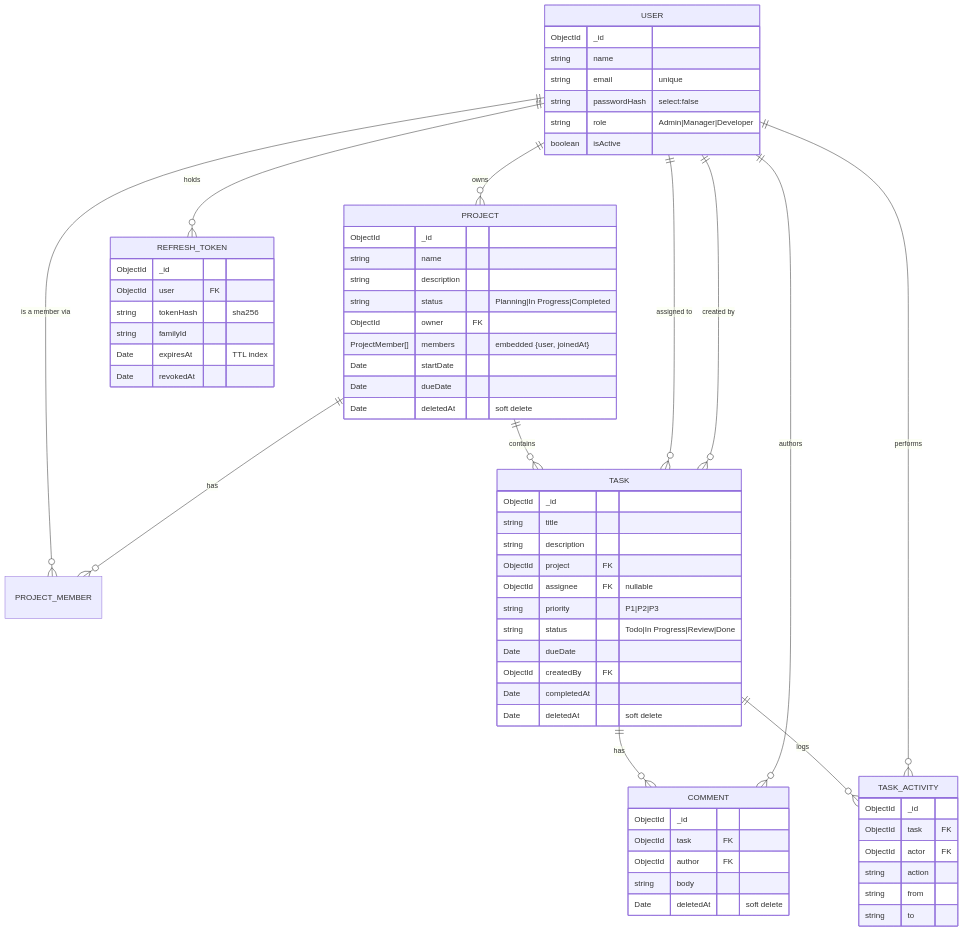
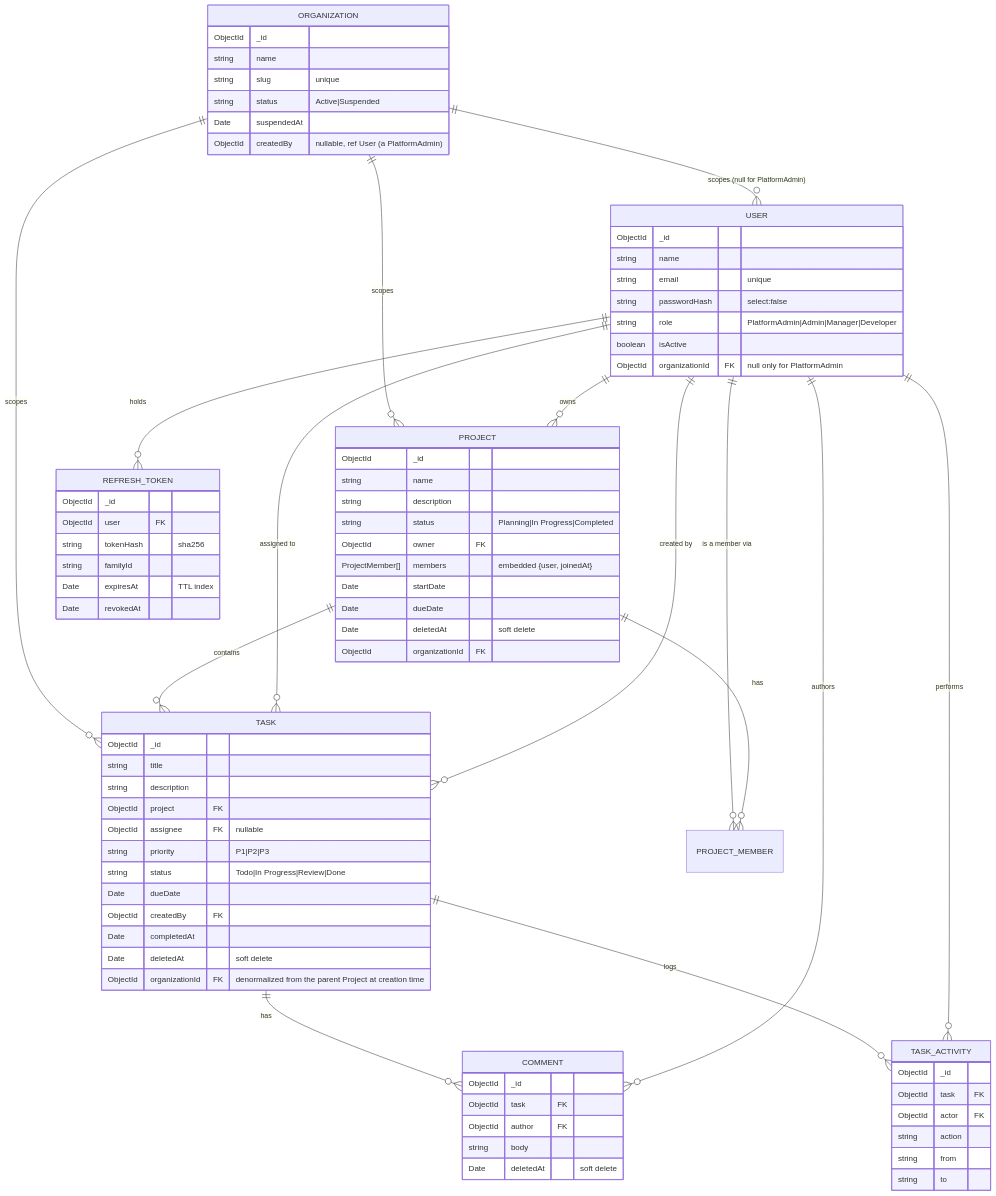
Before and after one commit to krupal-solulab/Bench-task-BE: the second of 2 diagrams in README.md, drawn with Mermaid. The commit also changed other lines of this file and 1 other file, not shown here.

Commit message:
docs: bring README up to date and add a recorded-demo walkthrough script

````diff
--- a/README.md
+++ b/README.md
@@ -248,5 +286,8 @@
 ```mermaid
 erDiagram
+    ORGANIZATION ||--o{ USER : "scopes (null for PlatformAdmin)"
+    ORGANIZATION ||--o{ PROJECT : scopes
+    ORGANIZATION ||--o{ TASK : scopes
     USER ||--o{ PROJECT : owns
     USER ||--o{ PROJECT_MEMBER : "is a member via"
     PROJECT ||--o{ PROJECT_MEMBER : has
@@ -259,13 +300,22 @@
     USER ||--o{ TASK_ACTIVITY : performs
     USER ||--o{ REFRESH_TOKEN : holds
 
+    ORGANIZATION {
+        ObjectId _id
+        string name
+        string slug "unique"
+        string status "Active|Suspended"
+        Date suspendedAt
+        ObjectId createdBy "nullable, ref User (a PlatformAdmin)"
+    }
     USER {
         ObjectId _id
         string name
         string email "unique"
         string passwordHash "select:false"
-        string role "Admin|Manager|Developer"
+        string role "PlatformAdmin|Admin|Manager|Developer"
         boolean isActive
+        ObjectId organizationId FK "null only for PlatformAdmin"
     }
     PROJECT {
         ObjectId _id
@@ -277,6 +327,7 @@
         Date startDate
         Date dueDate
         Date deletedAt "soft delete"
+        ObjectId organizationId FK
     }
     TASK {
         ObjectId _id
@@ -290,6 +341,7 @@
         ObjectId createdBy FK
         Date completedAt
         Date deletedAt "soft delete"
+        ObjectId organizationId FK "denormalized from the parent Project at creation time"
     }
     COMMENT {
         ObjectId _id
````
